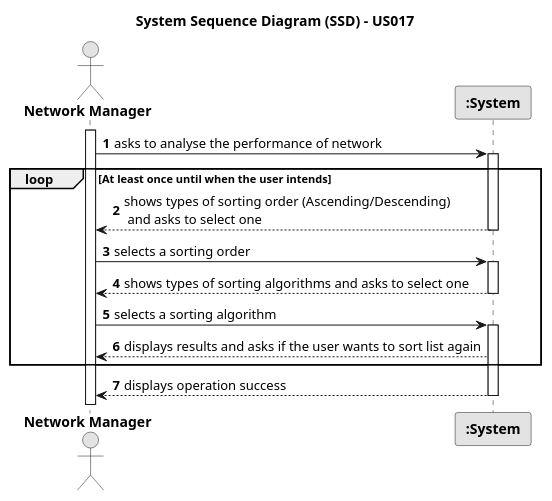
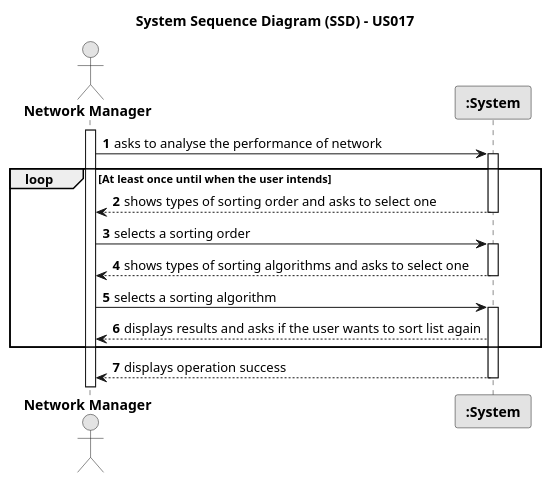
One commit to rita-barbosa/LAPR2-2223 changed the diagram in docs/sprintD/us017/01.requirements-engineering/puml/us017-system-sequence-diagram.puml. Above: the diagram before and after it, drawn with PlantUML. The commit also changed 1 other file, not shown here.

```diff
--- a/docs/sprintD/us017/01.requirements-engineering/puml/us017-system-sequence-diagram.puml
+++ b/docs/sprintD/us017/01.requirements-engineering/puml/us017-system-sequence-diagram.puml
@@ -1,38 +1,38 @@
 @startuml
 skinparam monochrome true
 skinparam packageStyle rectangle
 skinparam shadowing false
 
 title System Sequence Diagram (SSD) - US017
 
 autonumber
 
 actor "<b> Network Manager </b>" as NWM
 participant "<b> :System </b>" as System
 
 activate NWM
 
     NWM -> System : asks to analyse the performance of network
         activate System
 
     loop At least once until when the user intends
 
-    System --> NWM : shows types of sorting order (Ascending/Descending)\n and asks to select one
+    System --> NWM : shows types of sorting order and asks to select one
         deactivate System
 
     NWM -> System : selects a sorting order
         activate System
 
     System --> NWM : shows types of sorting algorithms and asks to select one
         deactivate System
 
     NWM -> System : selects a sorting algorithm
     activate System
 
     System --> NWM : displays results and asks if the user wants to sort list again
     end loop
 
     System --> NWM : displays operation success
     deactivate System
 
 @enduml
```
